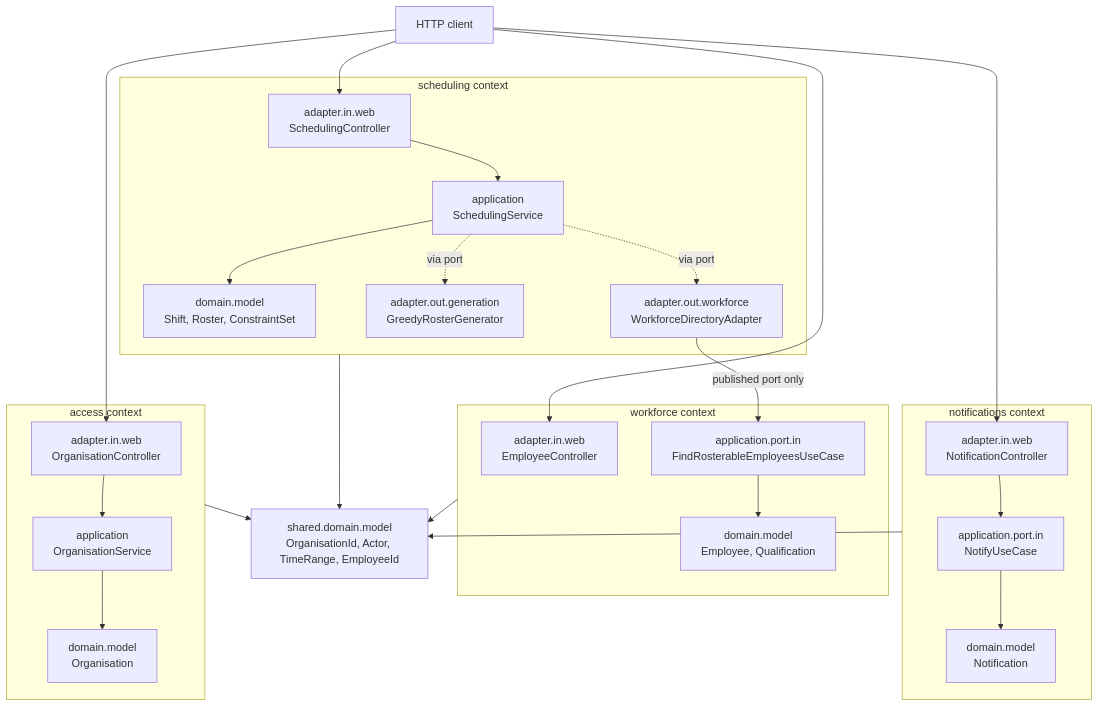
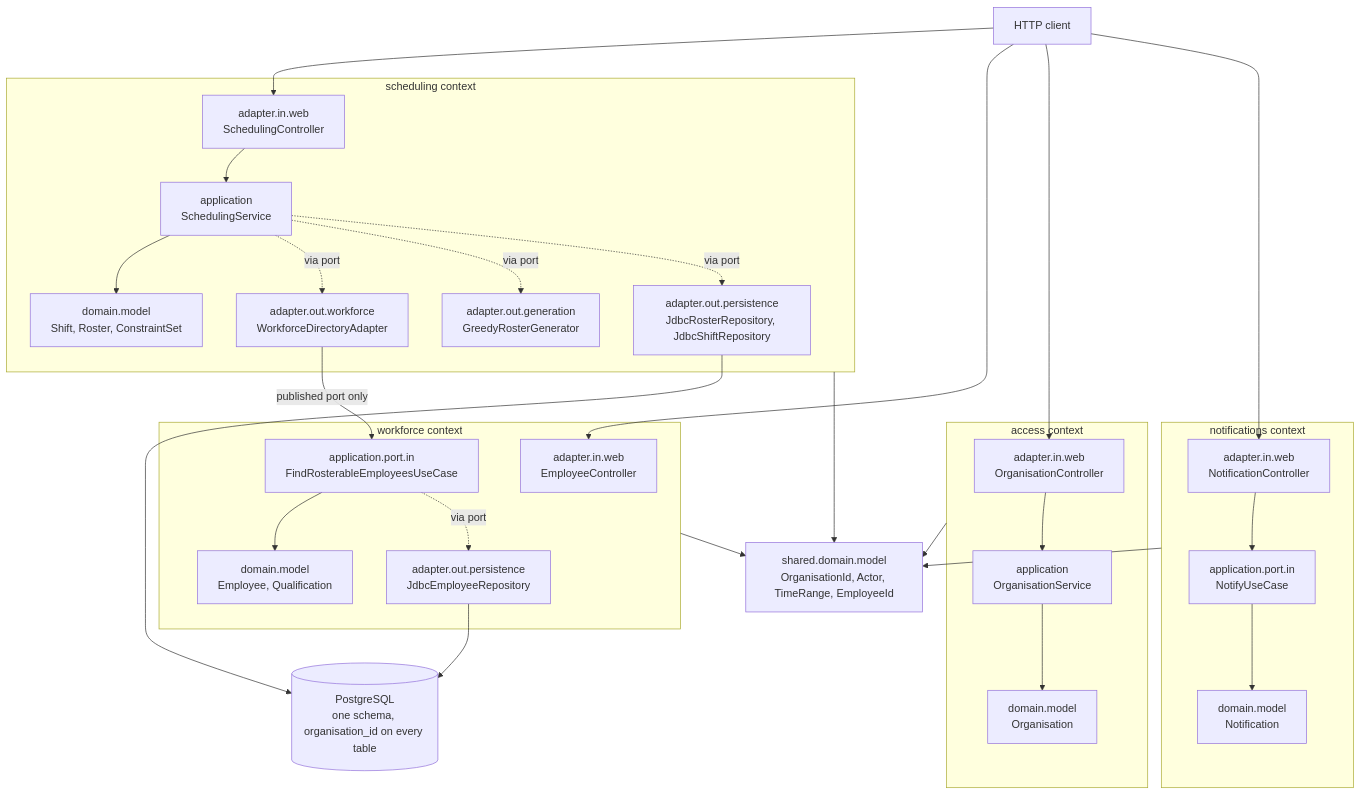
Before and after one commit to NaimElijah/HrSched: the first of 2 diagrams in docs/architecture/architecture.md, drawn with Mermaid. The commit also changed other lines of this file and 4 other files, not shown here.

````diff
--- a/docs/architecture/architecture.md
+++ b/docs/architecture/architecture.md
@@ -33,51 +33,58 @@
 ```mermaid
 flowchart TB
     client[HTTP client]
 
     subgraph scheduling [scheduling context]
         schedWeb["adapter.in.web<br/>SchedulingController"]
         schedApp["application<br/>SchedulingService"]
         schedDom["domain.model<br/>Shift, Roster, ConstraintSet"]
         acl["adapter.out.workforce<br/>WorkforceDirectoryAdapter"]
         gen["adapter.out.generation<br/>GreedyRosterGenerator"]
+        schedStore["adapter.out.persistence<br/>JdbcRosterRepository, JdbcShiftRepository"]
     end
 
     subgraph workforce [workforce context]
         wfWeb["adapter.in.web<br/>EmployeeController"]
         wfPub["application.port.in<br/>FindRosterableEmployeesUseCase"]
         wfDom["domain.model<br/>Employee, Qualification"]
+        wfStore["adapter.out.persistence<br/>JdbcEmployeeRepository"]
     end
 
     subgraph notifications [notifications context]
         ntfWeb["adapter.in.web<br/>NotificationController"]
         ntfPub["application.port.in<br/>NotifyUseCase"]
         ntfDom["domain.model<br/>Notification"]
     end
 
     subgraph access [access context]
         accWeb["adapter.in.web<br/>OrganisationController"]
         accApp["application<br/>OrganisationService"]
         accDom["domain.model<br/>Organisation"]
     end
 
     kernel["shared.domain.model<br/>OrganisationId, Actor, TimeRange, EmployeeId"]
+    db[("PostgreSQL<br/>one schema, organisation_id on every table")]
 
     client --> schedWeb
     client --> wfWeb
     client --> accWeb
     client --> ntfWeb
     ntfWeb --> ntfPub
     ntfPub --> ntfDom
     notifications --> kernel
     accWeb --> accApp
     accApp --> accDom
     schedWeb --> schedApp
     schedApp --> schedDom
     schedApp -.via port.-> acl
     schedApp -.via port.-> gen
     acl -->|published port only| wfPub
     wfPub --> wfDom
     scheduling --> kernel
     workforce --> kernel
     access --> kernel
+    schedApp -.via port.-> schedStore
+    wfPub -.via port.-> wfStore
+    schedStore --> db
+    wfStore --> db
 ```
````
